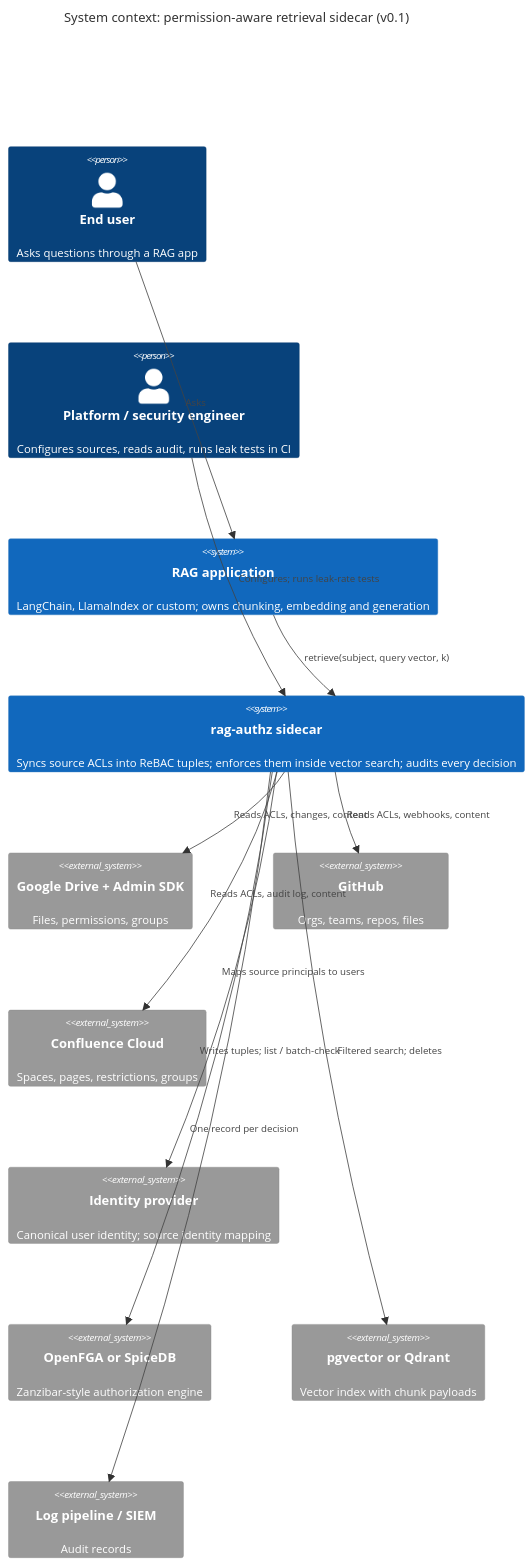
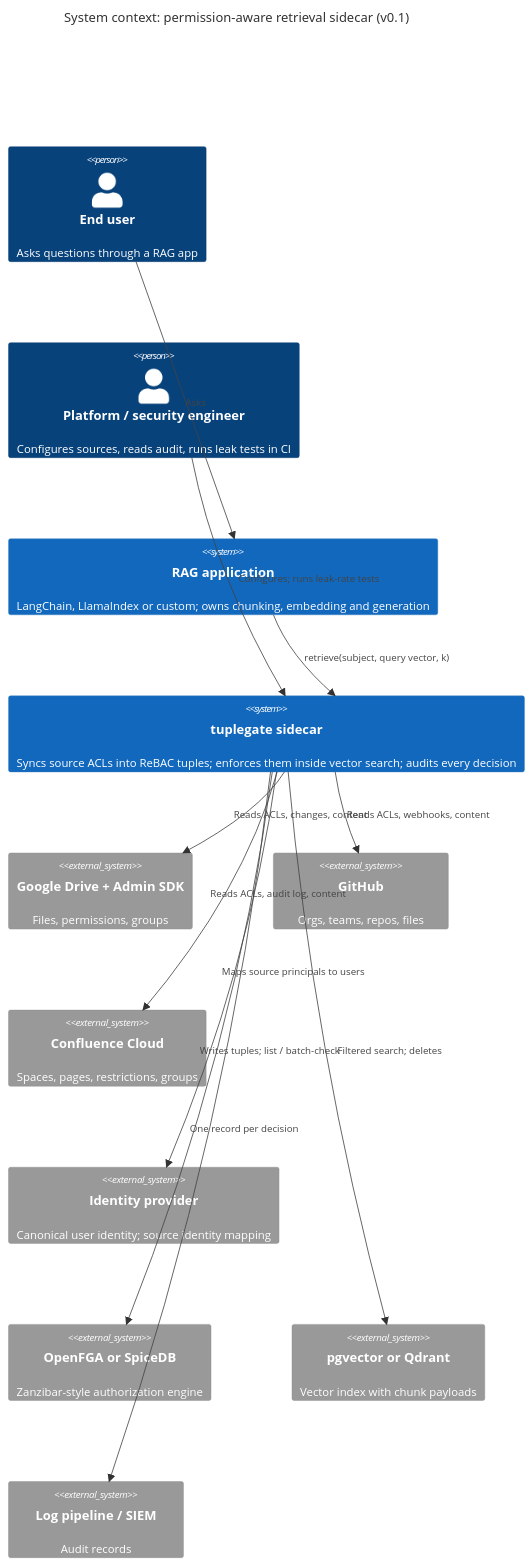
Before and after one commit to digitalinnovator/tuplegate: the diagram in docs/architecture/c4-context.md, drawn with Mermaid. The commit also changed 89 other files, not shown here.

First line of the commit message:
Rename rag-authz to tuplegate

````diff
--- a/docs/architecture/c4-context.md
+++ b/docs/architecture/c4-context.md
@@ -5,31 +5,31 @@
 ```mermaid
 C4Context
     title System context: permission-aware retrieval sidecar (v0.1)
 
     Person(user, "End user", "Asks questions through a RAG app")
     Person(sec, "Platform / security engineer", "Configures sources, reads audit, runs leak tests in CI")
 
     System(app, "RAG application", "LangChain, LlamaIndex or custom; owns chunking, embedding and generation")
-    System(sidecar, "rag-authz sidecar", "Syncs source ACLs into ReBAC tuples; enforces them inside vector search; audits every decision")
+    System(sidecar, "tuplegate sidecar", "Syncs source ACLs into ReBAC tuples; enforces them inside vector search; audits every decision")
 
     System_Ext(gdrive, "Google Drive + Admin SDK", "Files, permissions, groups")
     System_Ext(github, "GitHub", "Orgs, teams, repos, files")
     System_Ext(confluence, "Confluence Cloud", "Spaces, pages, restrictions, groups")
     System_Ext(idp, "Identity provider", "Canonical user identity; source identity mapping")
     System_Ext(engine, "OpenFGA or SpiceDB", "Zanzibar-style authorization engine")
     System_Ext(vdb, "pgvector or Qdrant", "Vector index with chunk payloads")
     System_Ext(siem, "Log pipeline / SIEM", "Audit records")
 
     Rel(user, app, "Asks")
     Rel(app, sidecar, "retrieve(subject, query vector, k)")
     Rel(sidecar, gdrive, "Reads ACLs, changes, content")
     Rel(sidecar, github, "Reads ACLs, webhooks, content")
     Rel(sidecar, confluence, "Reads ACLs, audit log, content")
     Rel(sidecar, idp, "Maps source principals to users")
     Rel(sidecar, engine, "Writes tuples; list / batch-check")
     Rel(sidecar, vdb, "Filtered search; deletes")
     Rel(sidecar, siem, "One record per decision")
     Rel(sec, sidecar, "Configures; runs leak-rate tests")
 
     UpdateLayoutConfig($c4ShapeInRow="4", $c4BoundaryInRow="1")
 ```
````
